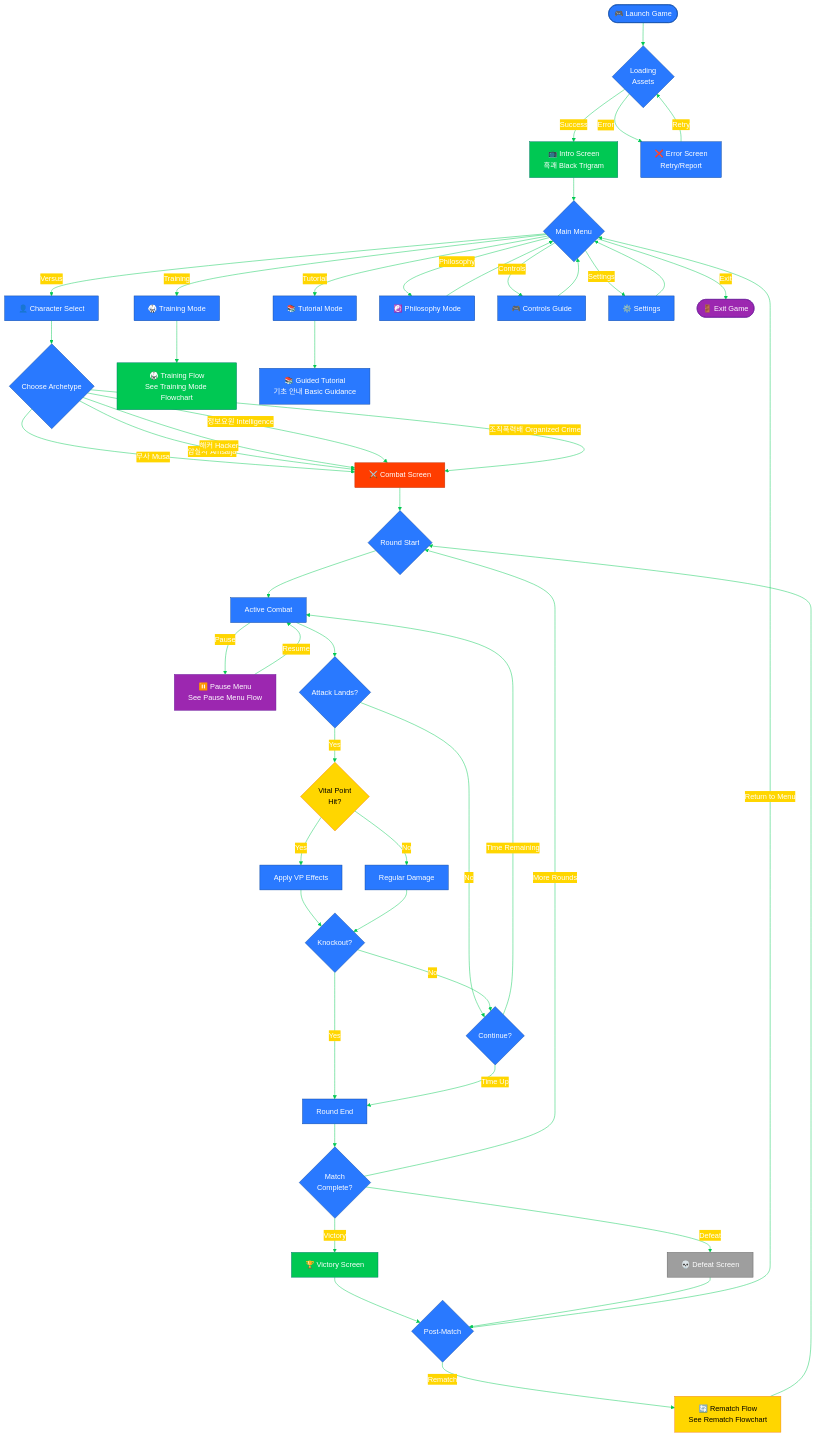
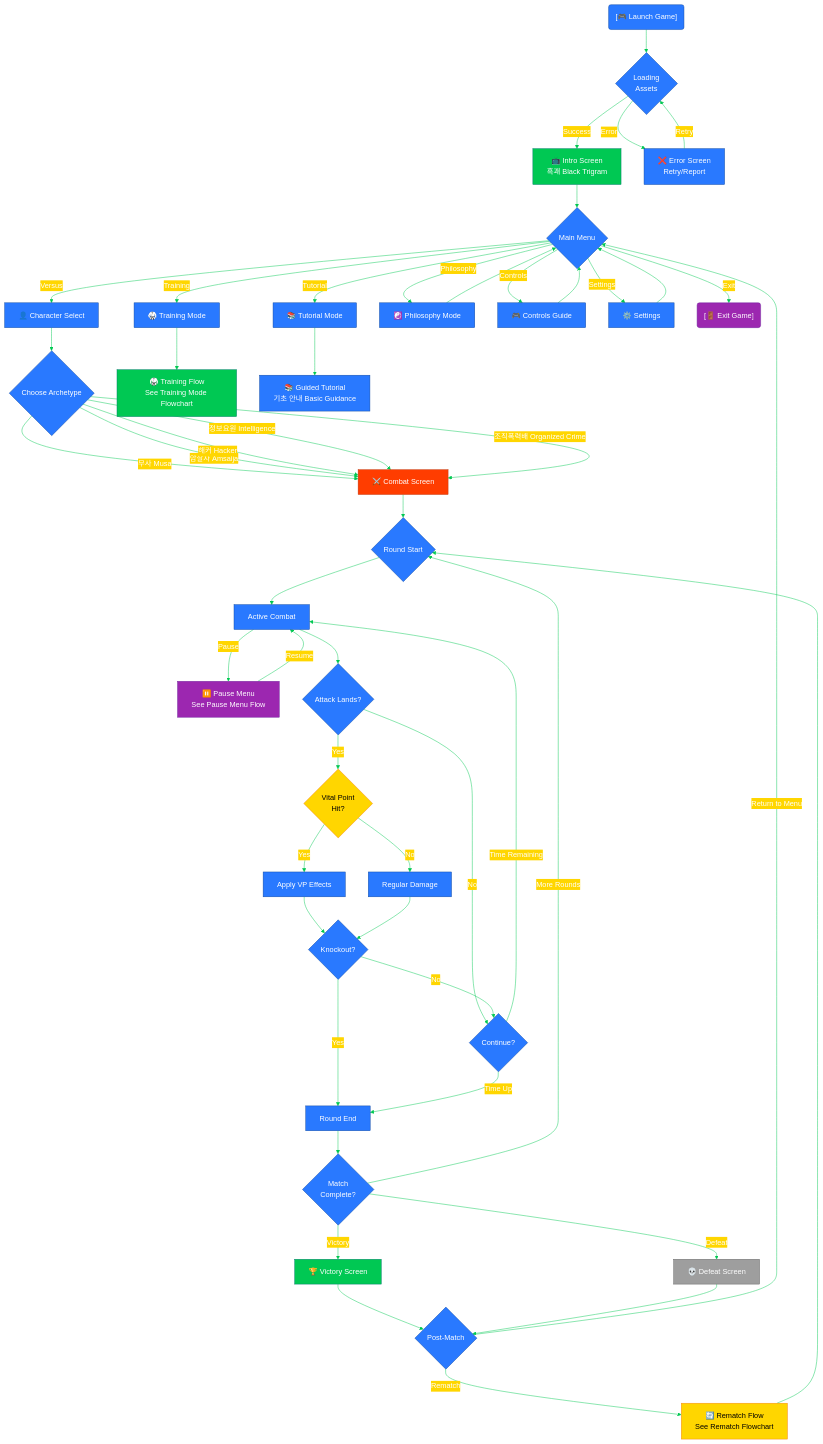
The first of 11 diagrams in FLOWCHART.md (Hack23/blacktrigram), drawn with Mermaid before and after one commit. The commit also changed other lines of this file and 19 other files, not shown here.

Commit message:
docs(mermaid): quote emoji labels in 19 files and add style warning to validator

````diff
--- a/FLOWCHART.md
+++ b/FLOWCHART.md
@@ -41,77 +41,77 @@
 ```mermaid
 %%{init: {'theme':'base', 'themeVariables': {'primaryColor':'#2979FF','primaryTextColor':'#fff','primaryBorderColor':'#0D47A1','lineColor':'#00C853','secondaryColor':'#FFD600','tertiaryColor':'#FF3D00'}}}%%
 flowchart TD
-    Start([🎮 Launch Game]) --> Load{Loading<br/>Assets}
+    Start("[🎮 Launch Game]") --> Load{Loading<br/>Assets}
 
-    Load -->|Success| Intro[📺 Intro Screen<br/>흑괘 Black Trigram]
-    Load -->|Error| Error[❌ Error Screen<br/>Retry/Report]
+    Load -->|Success| Intro["📺 Intro Screen<br/>흑괘 Black Trigram"]
+    Load -->|Error| Error["❌ Error Screen<br/>Retry/Report"]
     Error -->|Retry| Load
 
     Intro --> Menu{Main Menu}
 
-    Menu -->|Training| Training[🥋 Training Mode]
-    Menu -->|Versus| CharSelect[👤 Character Select]
-    Menu -->|Tutorial| Tutorial[📚 Tutorial Mode]
-    Menu -->|Philosophy| Philosophy[☯️ Philosophy Mode]
-    Menu -->|Controls| Controls[🎮 Controls Guide]
-    Menu -->|Settings| Settings[⚙️ Settings]
-    Menu -->|Exit| Exit([🚪 Exit Game])
+    Menu -->|Training| Training["🥋 Training Mode"]
+    Menu -->|Versus| CharSelect["👤 Character Select"]
+    Menu -->|Tutorial| Tutorial["📚 Tutorial Mode"]
+    Menu -->|Philosophy| Philosophy["☯️ Philosophy Mode"]
+    Menu -->|Controls| Controls["🎮 Controls Guide"]
+    Menu -->|Settings| Settings["⚙️ Settings"]
+    Menu -->|Exit| Exit("[🚪 Exit Game]")
 
     Settings --> Menu
     Philosophy --> Menu
     Controls --> Menu
 
     CharSelect --> SelectArchetype{Choose Archetype}
     SelectArchetype -->|무사 Musa| Combat
     SelectArchetype -->|암살자 Amsalja| Combat
     SelectArchetype -->|해커 Hacker| Combat
     SelectArchetype -->|정보요원 Intelligence| Combat
     SelectArchetype -->|조직폭력배 Organized Crime| Combat
 
-    Training --> TrainingFlow[🥋 Training Flow<br/>See Training Mode Flowchart]
-    Tutorial --> TutorialGuide[📚 Guided Tutorial<br/>기초 안내 Basic Guidance]
+    Training --> TrainingFlow["🥋 Training Flow<br/>See Training Mode Flowchart"]
+    Tutorial --> TutorialGuide["📚 Guided Tutorial<br/>기초 안내 Basic Guidance"]
 
-    Combat[⚔️ Combat Screen] --> Round{Round Start}
+    Combat["⚔️ Combat Screen"] --> Round{Round Start}
     Round --> Fight[Active Combat]
 
-    Fight -->|Pause| PauseMenu[⏸️ Pause Menu<br/>See Pause Menu Flow]
+    Fight -->|Pause| PauseMenu["⏸️ Pause Menu<br/>See Pause Menu Flow"]
     PauseMenu -->|Resume| Fight
 
     Fight --> HitCheck{Attack Lands?}
     HitCheck -->|Yes| VPCheck{Vital Point<br/>Hit?}
     HitCheck -->|No| ContinueFight{Continue?}
 
     VPCheck -->|Yes| VPEffect[Apply VP Effects]
     VPCheck -->|No| RegularDmg[Regular Damage]
 
     VPEffect --> CheckKO{Knockout?}
     RegularDmg --> CheckKO
 
     CheckKO -->|Yes| RoundEnd[Round End]
     CheckKO -->|No| ContinueFight
 
     ContinueFight -->|Time Remaining| Fight
     ContinueFight -->|Time Up| RoundEnd
 
     RoundEnd --> MatchCheck{Match<br/>Complete?}
     MatchCheck -->|More Rounds| Round
-    MatchCheck -->|Victory| Victory[🏆 Victory Screen]
-    MatchCheck -->|Defeat| Defeat[💀 Defeat Screen]
+    MatchCheck -->|Victory| Victory["🏆 Victory Screen"]
+    MatchCheck -->|Defeat| Defeat["💀 Defeat Screen"]
 
     Victory --> PostMatch{Post-Match}
     Defeat --> PostMatch
     PostMatch -->|Return to Menu| Menu
-    PostMatch -->|Rematch| RematchFlow[🔄 Rematch Flow<br/>See Rematch Flowchart]
+    PostMatch -->|Rematch| RematchFlow["🔄 Rematch Flow<br/>See Rematch Flowchart"]
     RematchFlow --> Round
 
     style Start fill:#2979FF,stroke:#0D47A1,color:#fff
     style Intro fill:#00C853,stroke:#00796B,color:#fff
     style Combat fill:#FF3D00,stroke:#BF360C,color:#fff
     style VPCheck fill:#FFD600,stroke:#F57F17,color:#000
     style Victory fill:#00C853,stroke:#00796B,color:#fff
     style Defeat fill:#9E9E9E,stroke:#616161,color:#fff
     style Exit fill:#9C27B0,stroke:#6A1B9A,color:#fff
     style PauseMenu fill:#9C27B0,stroke:#6A1B9A,color:#fff
     style TrainingFlow fill:#00C853,stroke:#00796B,color:#fff
     style RematchFlow fill:#FFD600,stroke:#F57F17,color:#000
 ```
````
